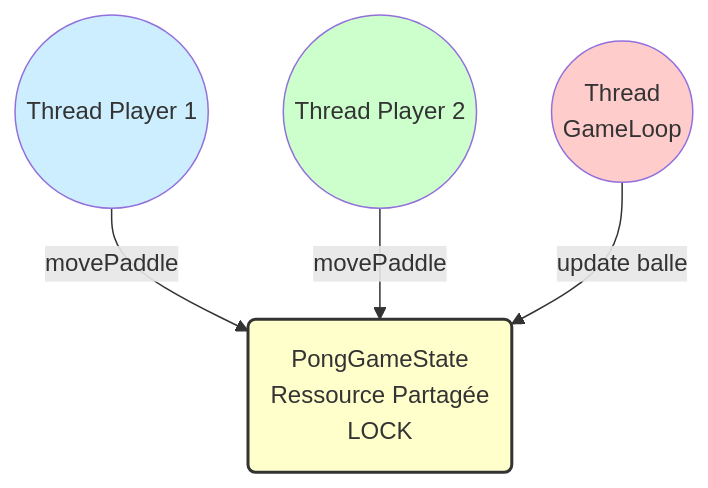
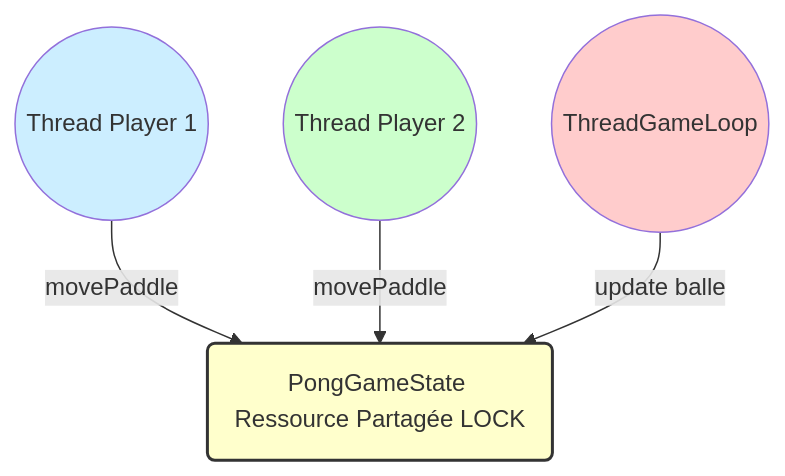
The second of 2 diagrams in documentation.md (Firasbaklouti1/Client-Server-Distribution-in-Java), drawn with Mermaid before and after one commit. The commit also changed other lines of this file, not shown here.

Commit message:
Fix mermaid diagram formatting in documentation
Removed newline characters from node labels in mermaid diagrams for better formatting.

````diff
--- a/documentation.md
+++ b/documentation.md
@@ -93,17 +93,17 @@
 ```mermaid
 graph TD
-    State(PongGameState\nRessource Partagée\nLOCK)
+    State(PongGameState Ressource Partagée LOCK)
     
     T1((Thread Player 1))
     T2((Thread Player 2))
-    Main((Thread\nGameLoop))
+    Main((ThreadGameLoop))
 
     T1 -- movePaddle --> State
     T2 -- movePaddle --> State
     Main -- update balle --> State
 
     style State fill:#ffffcc,stroke:#333,stroke-width:2px
     style T1 fill:#cceeff
     style T2 fill:#ccffcc
     style Main fill:#ffcccc
 ```
````
